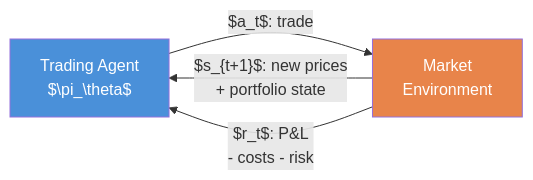
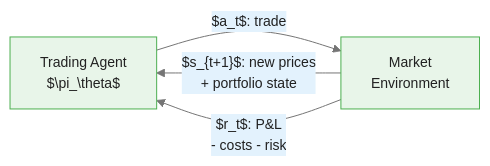
The first of 5 diagrams in courses/reinforcement-learning/modules/module_09_frontiers/guides/04_rl_for_trading_slides.md (m-deane/course-creator), drawn with Mermaid before and after one commit. The commit also changed other lines of this file and 131 other files, not shown here.

````diff
--- a/courses/reinforcement-learning/modules/module_09_frontiers/guides/04_rl_for_trading_slides.md
+++ b/courses/reinforcement-learning/modules/module_09_frontiers/guides/04_rl_for_trading_slides.md
@@ -50,9 +55,8 @@
 ```mermaid
+%%{init: {"theme": "base", "themeVariables": {"primaryColor": "#e8f5e9", "primaryBorderColor": "#4caf50", "primaryTextColor": "#212121", "secondaryColor": "#e3f2fd", "tertiaryColor": "#fff8e1", "lineColor": "#757575", "fontFamily": "Inter, sans-serif", "fontSize": "14px"}}}%%
 flowchart LR
     Agent["Trading Agent\n$\pi_\theta$"] --"$a_t$: trade"--> Market["Market\nEnvironment"]
     Market --"$s_{t+1}$: new prices\n+ portfolio state"--> Agent
     Market --"$r_t$: P&L\n- costs - risk"--> Agent
 
-    style Agent fill:#4A90D9,color:#fff
-    style Market fill:#E8844A,color:#fff
 ```
````
